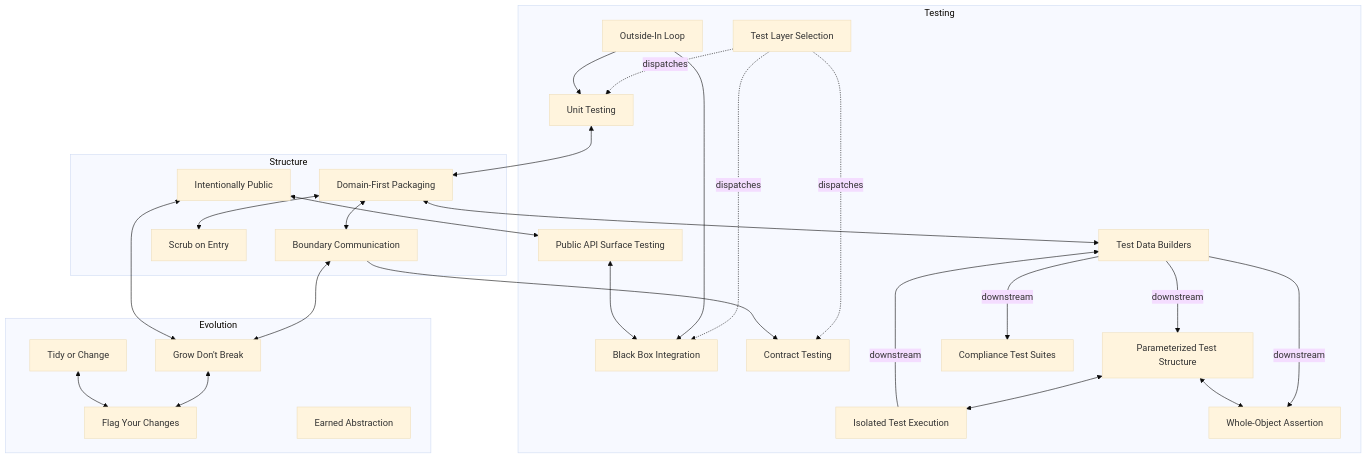
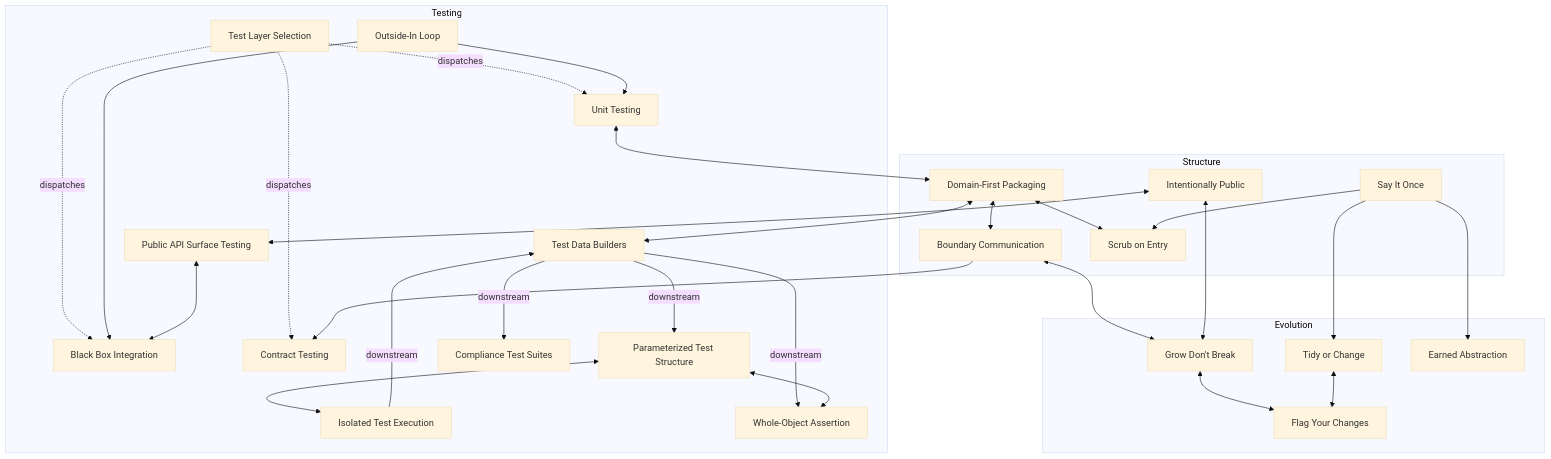
One commit to gaqzi/bjornstack changed the diagram in strategies/RELATIONSHIPS.md. Above: the diagram before and after it, drawn with Mermaid (base theme). The commit also changed other lines of this file and 2 other files, not shown here.

Commit message:
Keep reasoning in one place: docs or code (bs-cbr)
Doc comments that restate a design record drift like duplicated code,
but the fix can't be fewer comments: an invariant the code relies on
and doesn't enforce is the comment a reader most needs.

- Say It Once: reasoning that survives a rewrite with the same
  behaviour lives once in the feature's design document; the code's
  own how and why live in the code, a sentence at the point of use
  and longer in the nearest overview; a pointer only where a sentence
  isn't enough

- Rules the code relies on are enforced where possible, as their own
  change with a test, or written where whoever must keep them reads,
  saying what breaks

- Be Your Name: a short name read far from its definition is a
  violation; short names need an overview in the same scope

````diff
--- a/strategies/RELATIONSHIPS.md
+++ b/strategies/RELATIONSHIPS.md
@@ -13,37 +13,41 @@
 ```mermaid
 graph TD
     subgraph testing [Testing]
         TLS["Test Layer Selection"] -.->|dispatches| UT["Unit Testing"]
         TLS -.->|dispatches| BBIB["Black Box Integration"]
         TLS -.->|dispatches| CT["Contract Testing"]
         OILD["Outside-In Loop"] --> UT
         OILD --> BBIB
         ITE["Isolated Test Execution"] -->|downstream| TDB["Test Data Builders"]
         TDB -->|downstream| WOA["Whole-Object Assertion"]
         TDB -->|downstream| PTS["Parameterized Test Structure"]
         TDB -->|downstream| CTS["Compliance Test Suites"]
         PTS <--> WOA
         PTS <--> ITE
         PAST["Public API Surface Testing"] <--> BBIB
     end
 
     subgraph structure [Structure]
         DFP["Domain-First Packaging"] <--> BC["Boundary Communication"]
         IP["Intentionally Public"]
         SOE["Scrub on Entry"]
+        SIO["Say It Once"]
     end
 
     subgraph evolution [Evolution]
         GDB["Grow Don't Break"] <--> FYC["Flag Your Changes"]
         ToC["Tidy or Change"] <--> FYC
         EA["Earned Abstraction"]
     end
 
     BC <--> GDB
     IP <--> GDB
     IP <--> PAST
     BC --> CT
     DFP <--> TDB
     DFP <--> SOE
+    SIO --> SOE
+    SIO --> ToC
+    SIO --> EA
     UT <--> DFP
 ```
````
